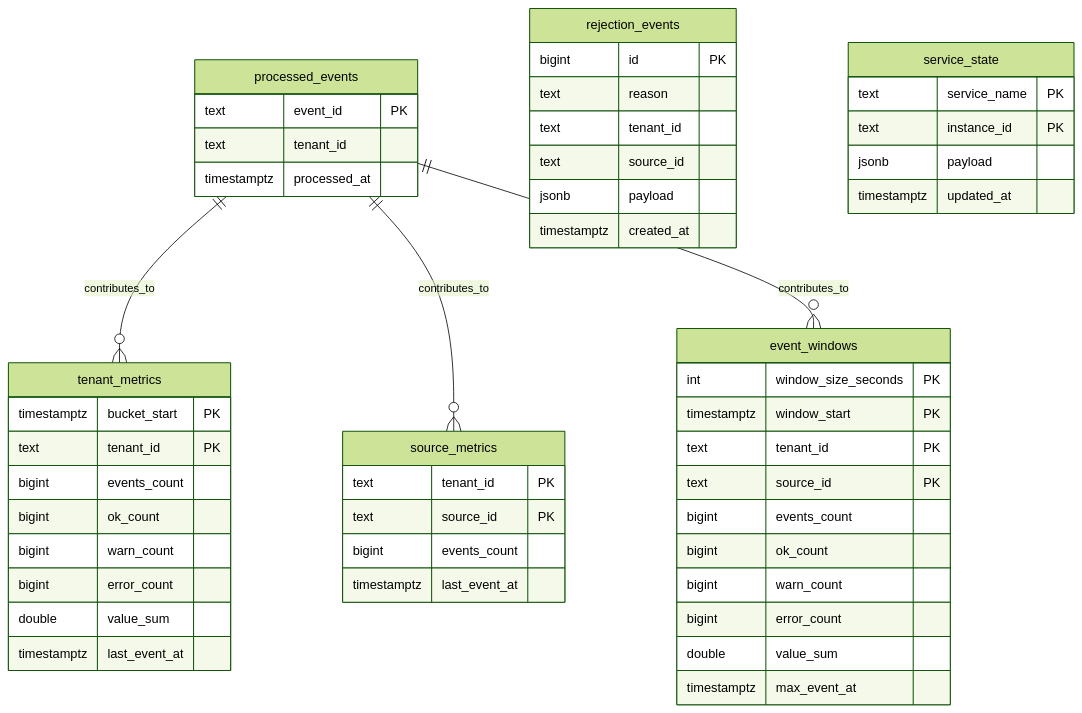
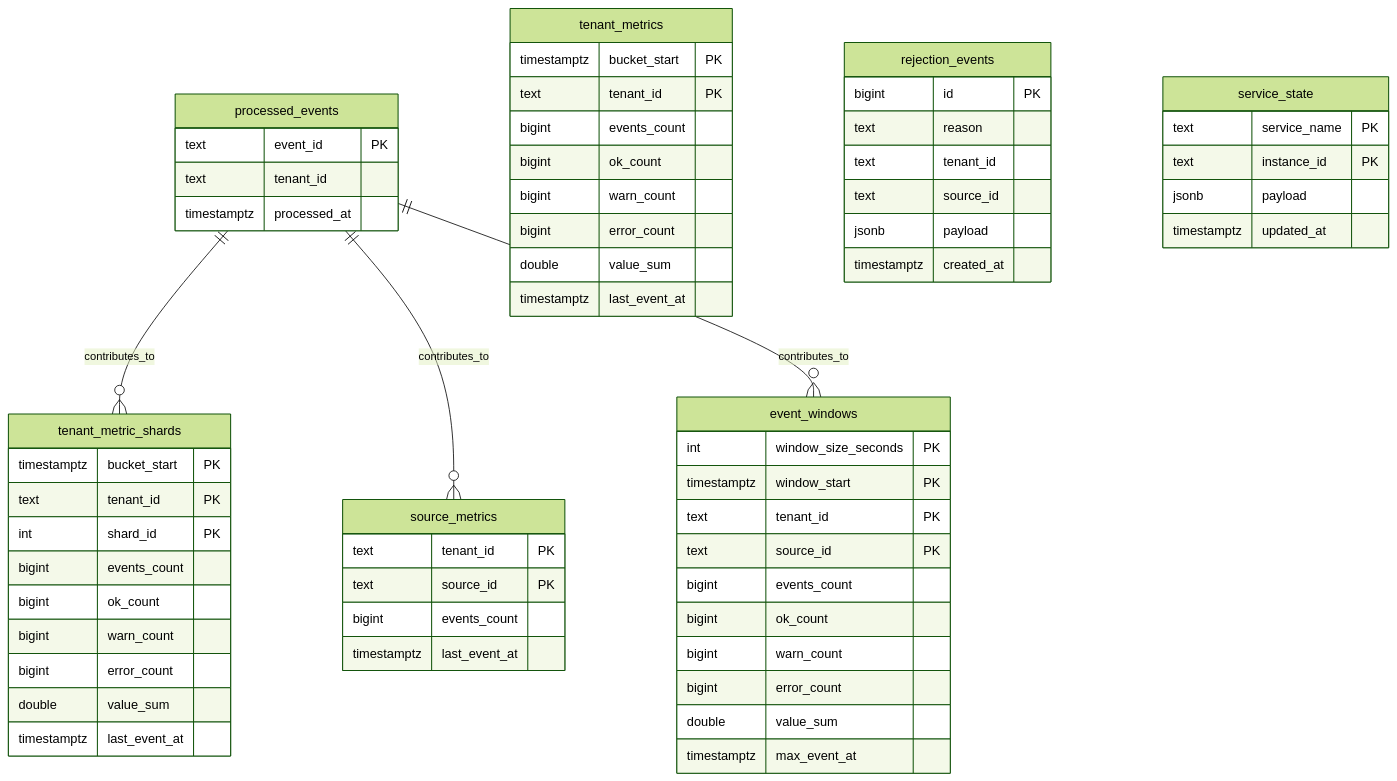
One commit to ErenAri/real-time-event-processing-fabric changed the diagram in docs/data-model.md. Above: the diagram before and after it, drawn with Mermaid (forest theme). The commit also changed other lines of this file and 9 other files, not shown here.

Commit message:
perf: shard tenant aggregate writes

````diff
--- a/docs/data-model.md
+++ b/docs/data-model.md
@@ -36,59 +36,71 @@
 ```mermaid
 erDiagram
     processed_events {
         text event_id PK
         text tenant_id
         timestamptz processed_at
     }
 
     tenant_metrics {
         timestamptz bucket_start PK
         text tenant_id PK
+        bigint events_count
+        bigint ok_count
+        bigint warn_count
+        bigint error_count
+        double value_sum
+        timestamptz last_event_at
+    }
+
+    tenant_metric_shards {
+        timestamptz bucket_start PK
+        text tenant_id PK
+        int shard_id PK
         bigint events_count
         bigint ok_count
         bigint warn_count
         bigint error_count
         double value_sum
         timestamptz last_event_at
     }
 
     source_metrics {
         text tenant_id PK
         text source_id PK
         bigint events_count
         timestamptz last_event_at
     }
 
     event_windows {
         int window_size_seconds PK
         timestamptz window_start PK
         text tenant_id PK
         text source_id PK
         bigint events_count
         bigint ok_count
         bigint warn_count
         bigint error_count
         double value_sum
         timestamptz max_event_at
     }
 
     rejection_events {
         bigint id PK
         text reason
         text tenant_id
         text source_id
         jsonb payload
         timestamptz created_at
     }
 
     service_state {
         text service_name PK
         text instance_id PK
         jsonb payload
         timestamptz updated_at
     }
 
-    processed_events ||--o{ tenant_metrics : contributes_to
+    processed_events ||--o{ tenant_metric_shards : contributes_to
     processed_events ||--o{ source_metrics : contributes_to
     processed_events ||--o{ event_windows : contributes_to
 ```
````
